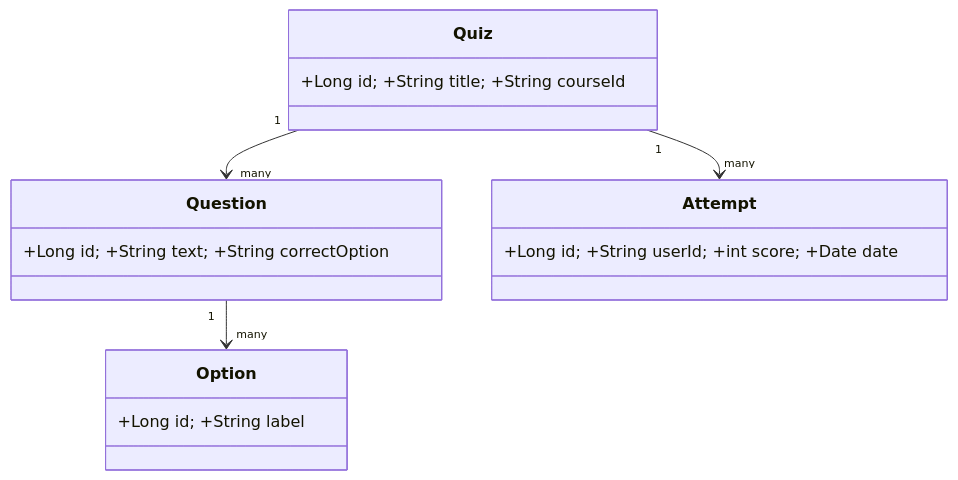
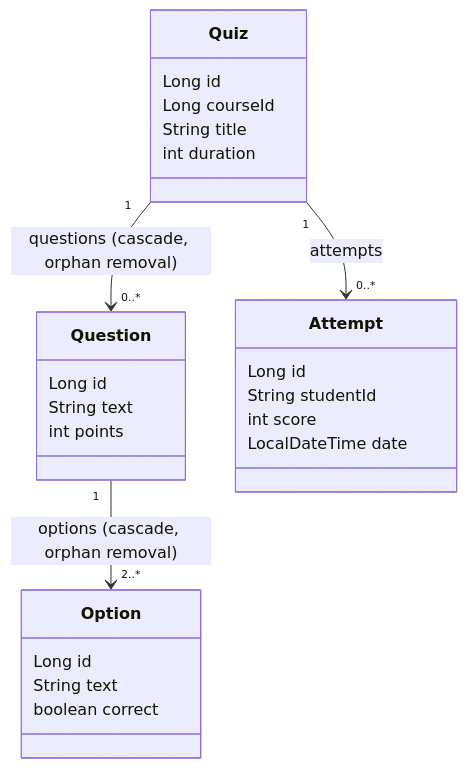
One commit to amenilt/Unilearn changed the diagram in Documentation/Diagrams/classes-ms2-quiz.mermaid. Above: the diagram before and after it, drawn with Mermaid. The commit also changed 2 other files, not shown here.

Commit message:
docs: documenter Eureka et le service Quiz

```diff
--- a/Documentation/Diagrams/classes-ms2-quiz.mermaid
+++ b/Documentation/Diagrams/classes-ms2-quiz.mermaid
@@ -1,8 +1,26 @@
 classDiagram
-  class Quiz { +Long id; +String title; +String courseId }
-  class Question { +Long id; +String text; +String correctOption }
-  class Option { +Long id; +String label }
-  class Attempt { +Long id; +String userId; +int score; +Date date }
-  Quiz "1" --> "many" Question
-  Question "1" --> "many" Option
-  Quiz "1" --> "many" Attempt
+  Quiz "1" --> "0..*" Question : questions (cascade, orphan removal)
+  Question "1" --> "2..*" Option : options (cascade, orphan removal)
+  Quiz "1" --> "0..*" Attempt : attempts
+  class Quiz {
+    Long id
+    Long courseId
+    String title
+    int duration
+  }
+  class Question {
+    Long id
+    String text
+    int points
+  }
+  class Option {
+    Long id
+    String text
+    boolean correct
+  }
+  class Attempt {
+    Long id
+    String studentId
+    int score
+    LocalDateTime date
+  }
```
